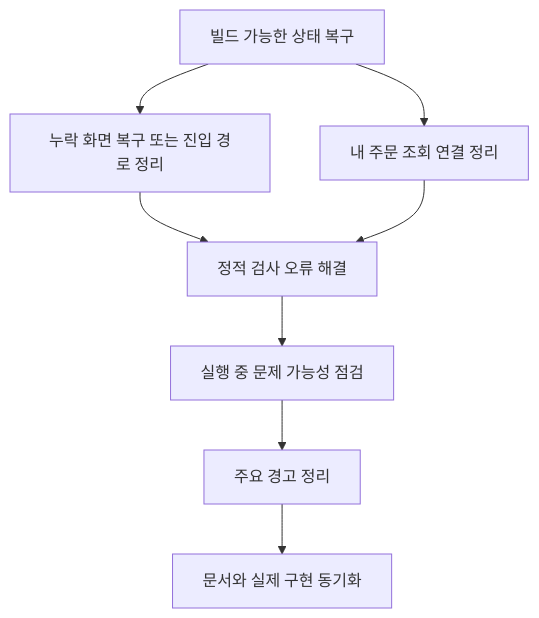
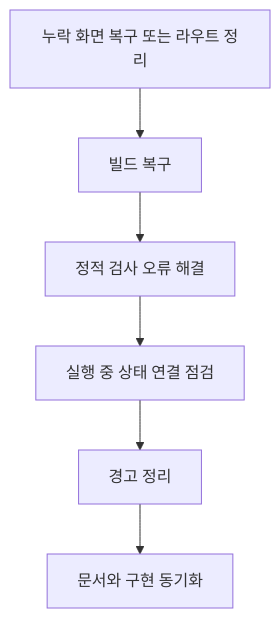
Before and after one commit to poi277/StockProject: the diagram in StockFrontEnd/docs/10-frontend-issues.md, drawn with Mermaid. The commit also changed other lines of this file and 49 other files, not shown here.

````diff
--- a/StockFrontEnd/docs/10-frontend-issues.md
+++ b/StockFrontEnd/docs/10-frontend-issues.md
@@ -262,10 +109,8 @@
 ```mermaid
 flowchart TD
-  A["빌드 가능한 상태 복구"] --> B["누락 화면 복구 또는 진입 경로 정리"]
-  A --> C["내 주문 조회 연결 정리"]
-  B --> D["정적 검사 오류 해결"]
-  C --> D
-  D --> E["실행 중 문제 가능성 점검"]
-  E --> F["주요 경고 정리"]
-  F --> G["문서와 실제 구현 동기화"]
+  A["누락 화면 복구 또는 라우트 정리"] --> B["빌드 복구"]
+  B --> C["정적 검사 오류 해결"]
+  C --> D["실행 중 상태 연결 점검"]
+  D --> E["경고 정리"]
+  E --> F["문서와 구현 동기화"]
 ```
````
